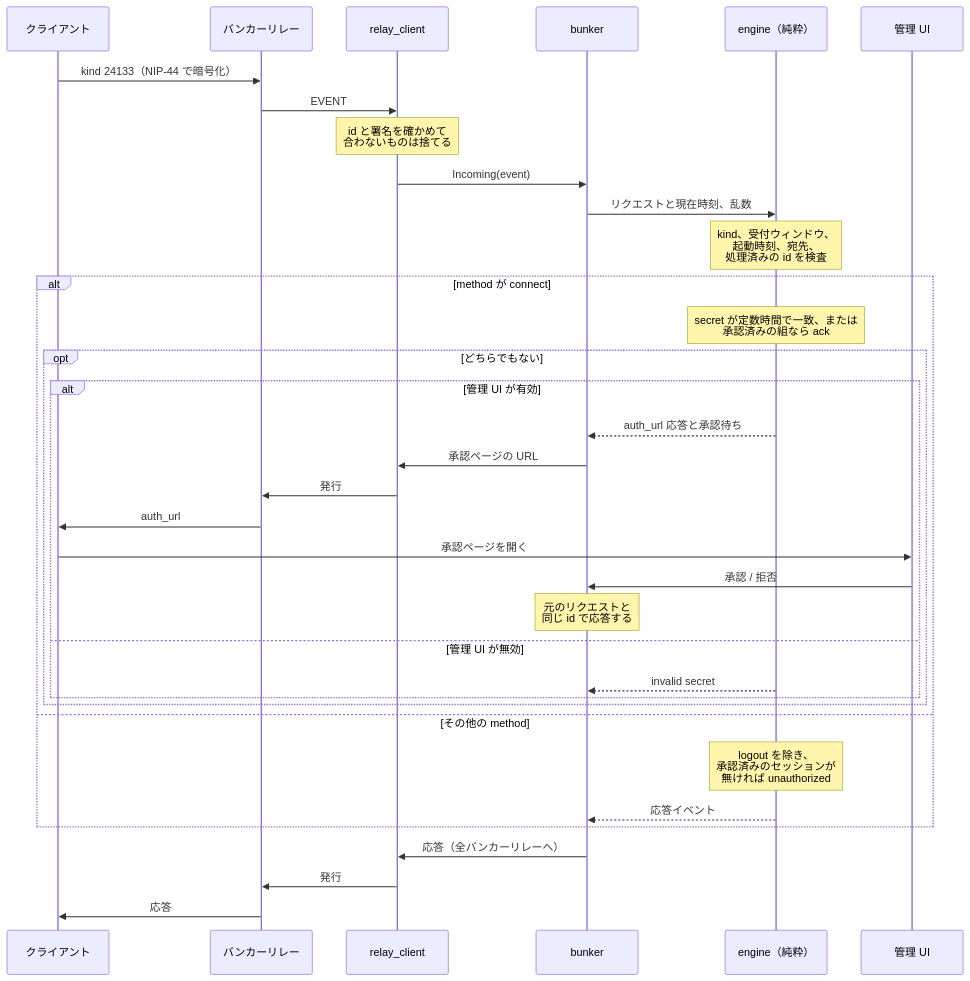
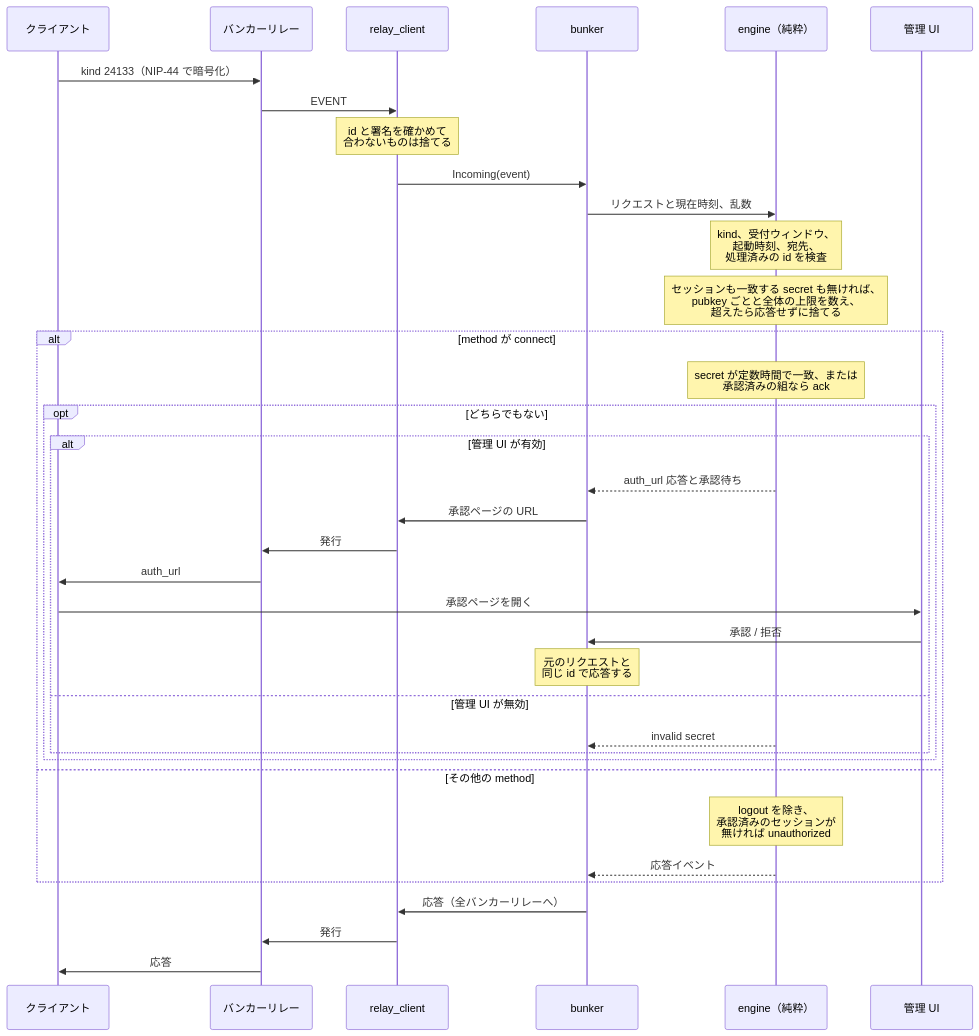
One commit to neverclear86/nostr-no-su changed the fifth of 9 diagrams in docs/architecture.md. Above: the diagram before and after it, drawn with Mermaid. The commit also changed other lines of this file and 6 other files, not shown here.

````diff
--- a/docs/architecture.md
+++ b/docs/architecture.md
@@ -317,38 +317,39 @@
 ```mermaid
 sequenceDiagram
     participant client as クライアント
     participant relay as バンカーリレー
     participant rc as relay_client
     participant bk as bunker
     participant eng as engine（純粋）
     participant browser as 管理 UI
 
     client->>relay: kind 24133（NIP-44 で暗号化）
     relay->>rc: EVENT
     Note over rc: id と署名を確かめて<br/>合わないものは捨てる
     rc->>bk: Incoming(event)
     bk->>eng: リクエストと現在時刻、乱数
     Note over eng: kind、受付ウィンドウ、<br/>起動時刻、宛先、<br/>処理済みの id を検査
+    Note over eng: セッションも一致する secret も無ければ、<br/>pubkey ごとと全体の上限を数え、<br/>超えたら応答せずに捨てる
     alt method が connect
         Note over eng: secret が定数時間で一致、または<br/>承認済みの組なら ack
         opt どちらでもない
             alt 管理 UI が有効
                 eng-->>bk: auth_url 応答と承認待ち
                 bk->>rc: 承認ページの URL
                 rc->>relay: 発行
                 relay->>client: auth_url
                 client->>browser: 承認ページを開く
                 browser->>bk: 承認 / 拒否
                 Note over bk: 元のリクエストと<br/>同じ id で応答する
             else 管理 UI が無効
                 eng-->>bk: invalid secret
             end
         end
     else その他の method
         Note over eng: logout を除き、<br/>承認済みのセッションが<br/>無ければ unauthorized
         eng-->>bk: 応答イベント
     end
     bk->>rc: 応答（全バンカーリレーへ）
     rc->>relay: 発行
     relay->>client: 応答
 ```
````
